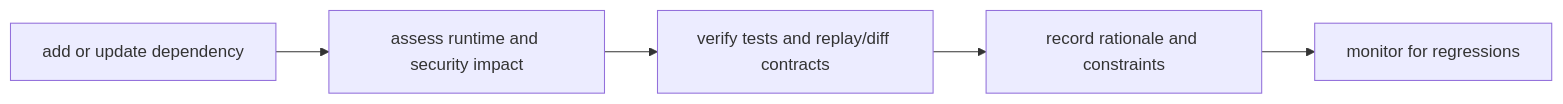
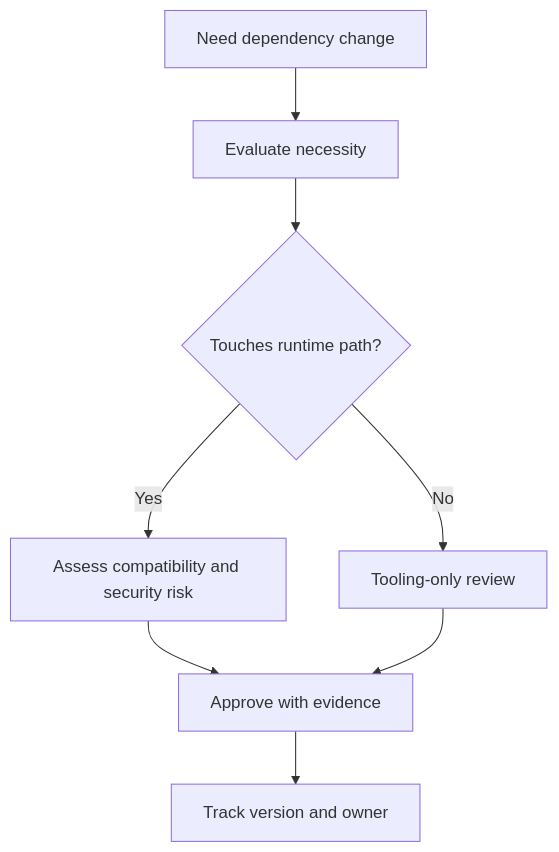
Before and after one commit to bijux/bijux-cli: the diagram in docs/bijux-dag/quality/dependency-governance.md, drawn with Mermaid.

Commit message:
docs(bijux-dag): convert dependency governance diagram to approval flow

````diff
--- a/docs/bijux-dag/quality/dependency-governance.md
+++ b/docs/bijux-dag/quality/dependency-governance.md
@@ -17,7 +17,10 @@
 ```mermaid
-flowchart LR
-    add[add or update dependency] --> assess[assess runtime and security impact]
-    assess --> verify[verify tests and replay/diff contracts]
-    verify --> record[record rationale and constraints]
-    record --> monitor[monitor for regressions]
+flowchart TD
+  Need[Need dependency change] --> Eval[Evaluate necessity]
+  Eval --> Scope{Touches runtime path?}
+  Scope -->|Yes| Risk[Assess compatibility and security risk]
+  Scope -->|No| Tooling[Tooling-only review]
+  Risk --> Approve[Approve with evidence]
+  Tooling --> Approve
+  Approve --> Track[Track version and owner]
 ```
````
